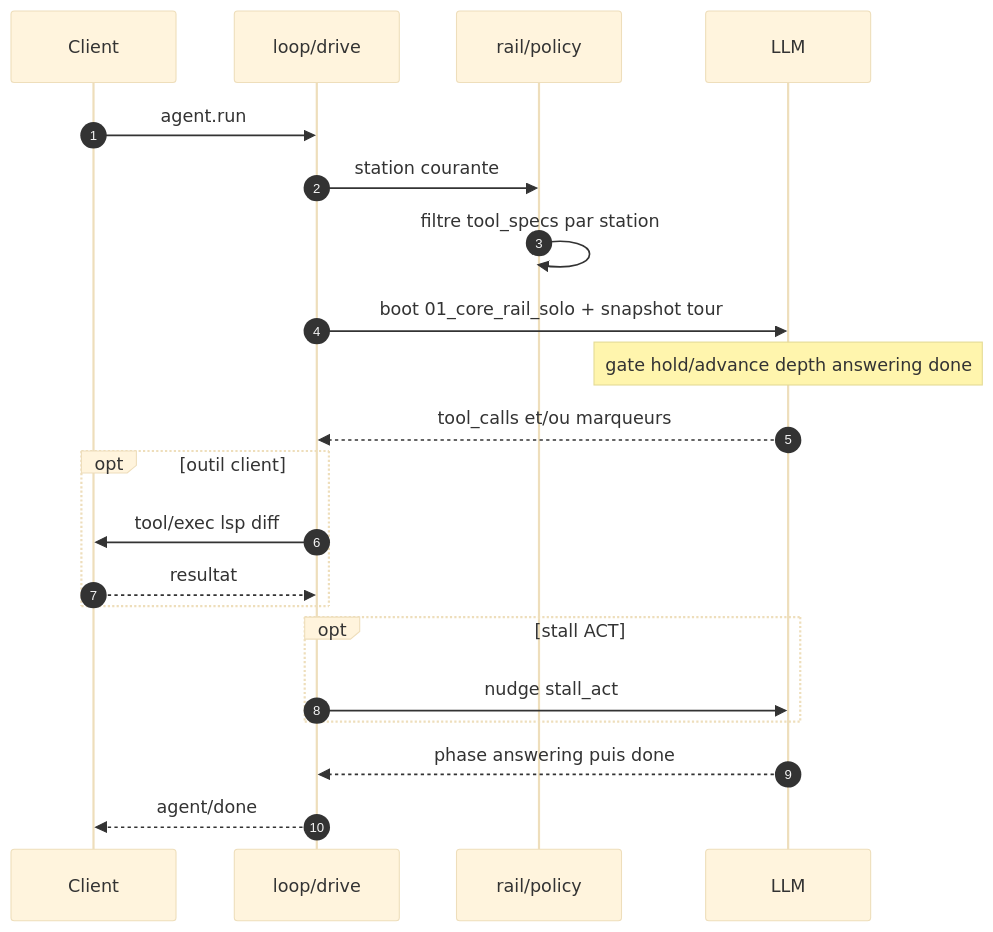
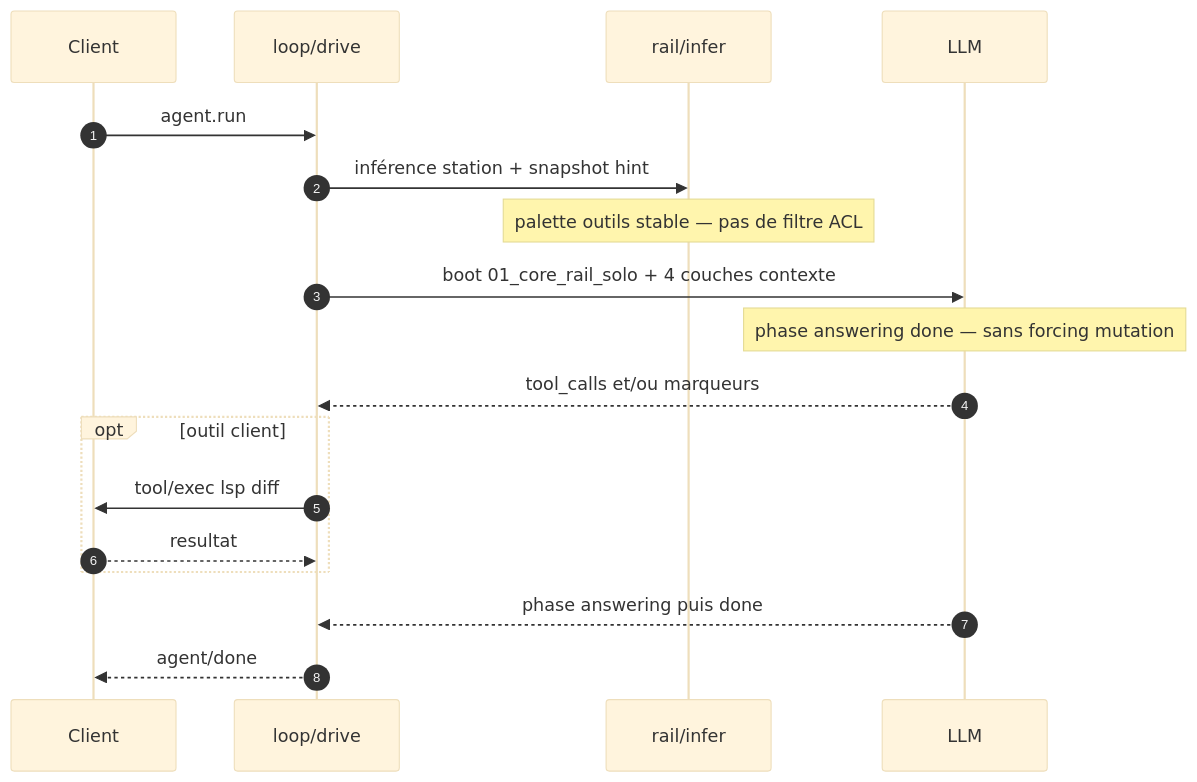
Before and after one commit to DroxKiwi/Drox---IDE: the seventh of 7 diagrams in README.md, drawn with Mermaid (base theme). The commit also changed other lines of this file, not shown here.

````diff
--- a/README.md
+++ b/README.md
@@ -213,24 +219,21 @@
 ```mermaid
 sequenceDiagram
   autonumber
   participant IDE as Client
   participant DRV as loop/drive
-  participant RAIL as rail/policy
+  participant RAIL as rail/infer
   participant LLM as LLM
 
   IDE->>DRV: agent.run
-  DRV->>RAIL: station courante
-  RAIL->>RAIL: filtre tool_specs par station
-  DRV->>LLM: boot 01_core_rail_solo + snapshot tour
-  Note over LLM: gate hold/advance depth answering done
+  DRV->>RAIL: inférence station + snapshot hint
+  Note over RAIL: palette outils stable — pas de filtre ACL
+  DRV->>LLM: boot 01_core_rail_solo + 4 couches contexte
+  Note over LLM: phase answering done — sans forcing mutation
   LLM-->>DRV: tool_calls et/ou marqueurs
   opt outil client
     DRV->>IDE: tool/exec lsp diff
     IDE-->>DRV: resultat
   end
-  opt stall ACT
-    DRV->>LLM: nudge stall_act
-  end
   LLM-->>DRV: phase answering puis done
   DRV-->>IDE: agent/done
 ```
````
